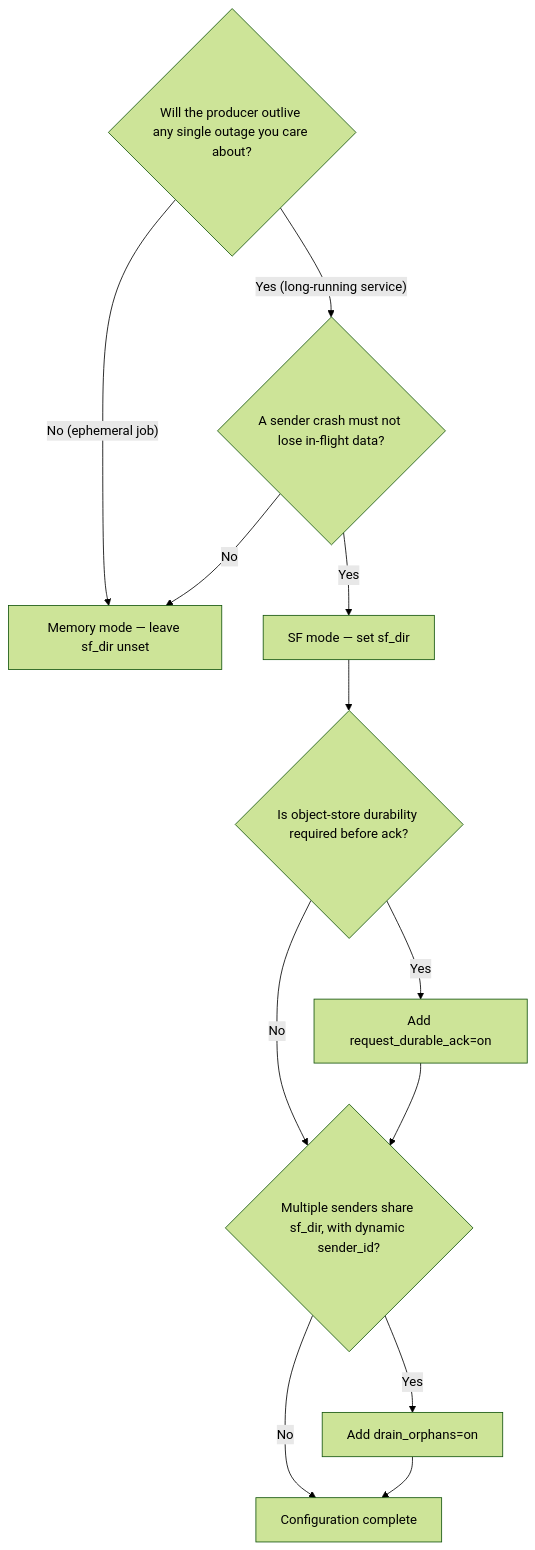
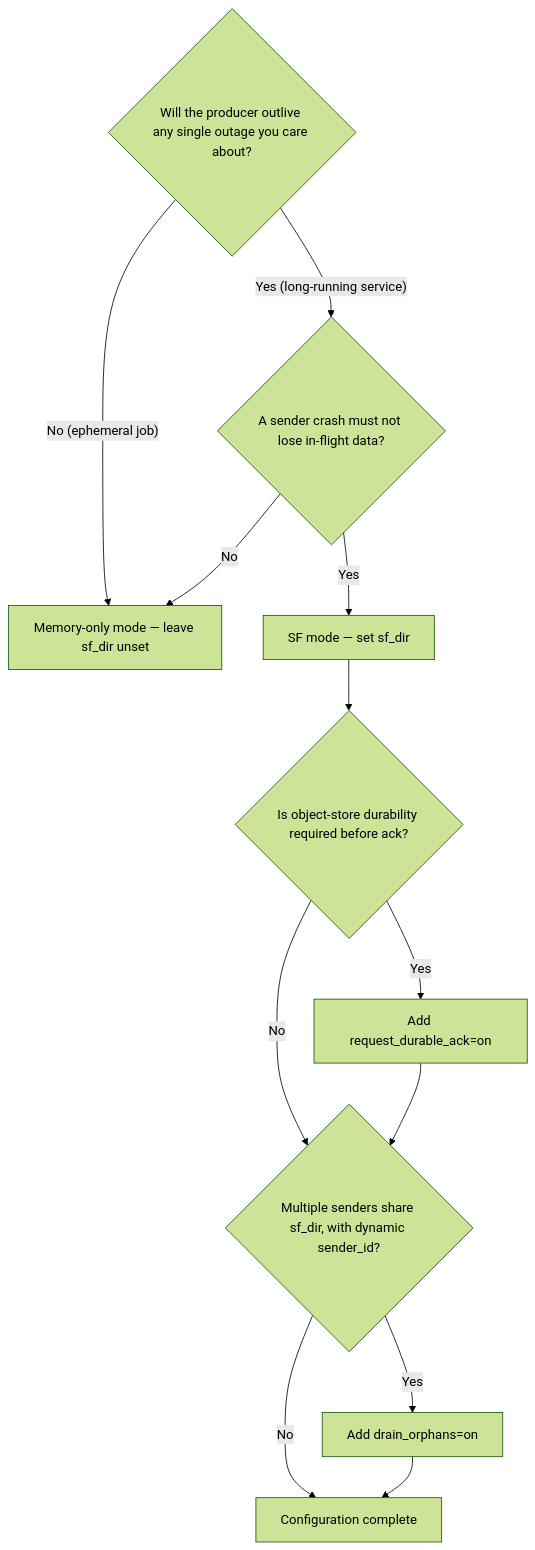
One commit to questdb/documentation changed the diagram in documentation/high-availability/store-and-forward/when-to-use.md. Above: the diagram before and after it, drawn with Mermaid (forest theme). The commit also changed other lines of this file and 15 other files, not shown here.

First line of the commit message:
Say memory-only mode and sender directory

````diff
--- a/documentation/high-availability/store-and-forward/when-to-use.md
+++ b/documentation/high-availability/store-and-forward/when-to-use.md
@@ -195,19 +195,19 @@
 ```mermaid
 graph TD
     Q1{Will the producer outlive any single outage you care about?}
     Q2{A sender crash must not lose in-flight data?}
     Q3{Is object-store durability required before ack?}
     Q4{Multiple senders share sf_dir, with dynamic sender_id?}
 
-    Q1 -->|"No (ephemeral job)"| Memory[Memory mode — leave sf_dir unset]
+    Q1 -->|"No (ephemeral job)"| Memory[Memory-only mode — leave sf_dir unset]
     Q1 -->|"Yes (long-running service)"| Q2
     Q2 -->|No| Memory
     Q2 -->|Yes| SF[SF mode — set sf_dir]
     SF --> Q3
     Q3 -->|Yes| Durable[Add request_durable_ack=on]
     Q3 -->|No| Q4
     Durable --> Q4
     Q4 -->|Yes| Orphans[Add drain_orphans=on]
     Q4 -->|No| Done[Configuration complete]
     Orphans --> Done
 ```
````
